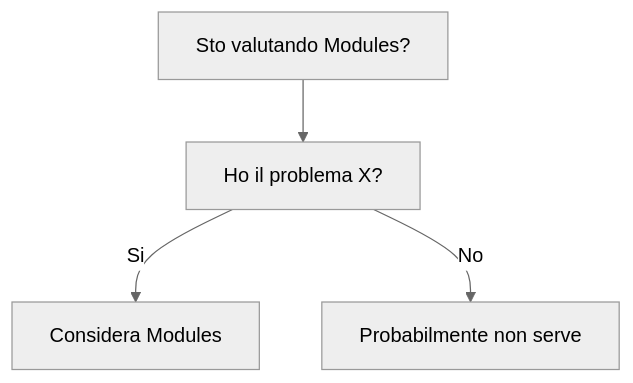
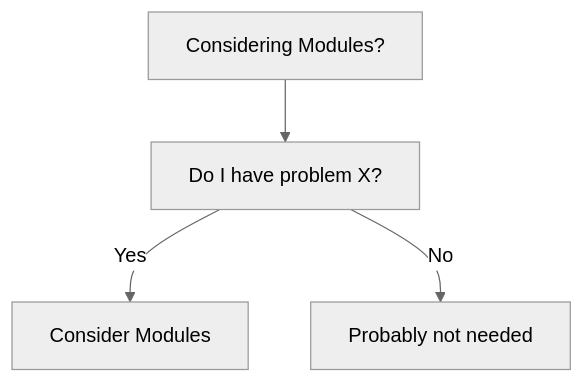
Before and after one commit to HxT9/Software-Dev-Wiki: the diagram in dev-wiki/14_Languages/TypeScript/Modules/When_To_Use.md, drawn with Mermaid (neutral theme). The commit also changed other lines of this file and 3444 other files, not shown here.

````diff
--- a/dev-wiki/14_Languages/TypeScript/Modules/When_To_Use.md
+++ b/dev-wiki/14_Languages/TypeScript/Modules/When_To_Use.md
@@ -19,6 +19,6 @@
 ```mermaid
 flowchart TD
-  Q[Sto valutando Modules?] --> Q1[Ho il problema X?]
-  Q1 -->|Si| OK[Considera Modules]
-  Q1 -->|No| NO[Probabilmente non serve]
+  Q[Considering Modules?] --> Q1[Do I have problem X?]
+  Q1 -->|Yes| OK[Consider Modules]
+  Q1 -->|No| NO[Probably not needed]
 ```
````
